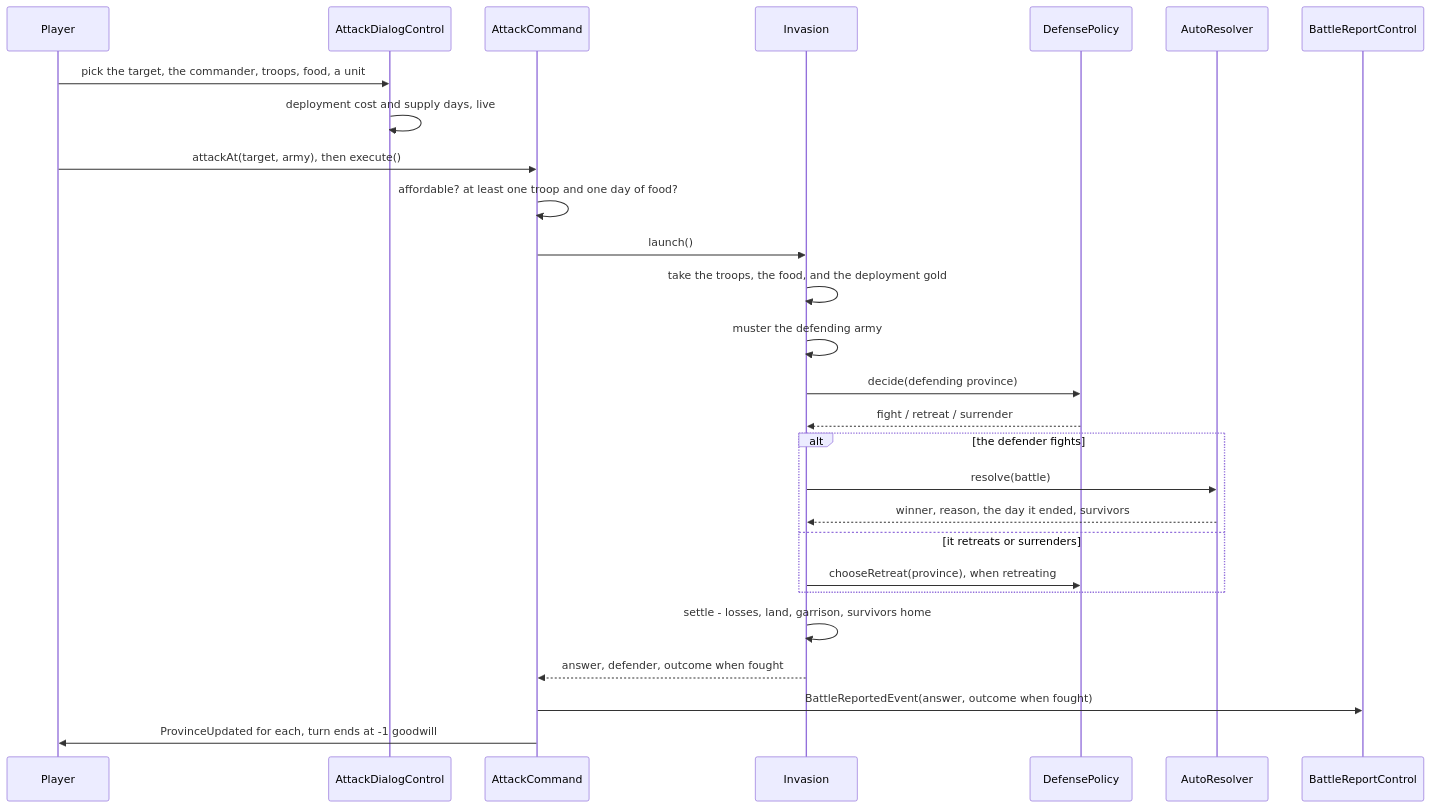
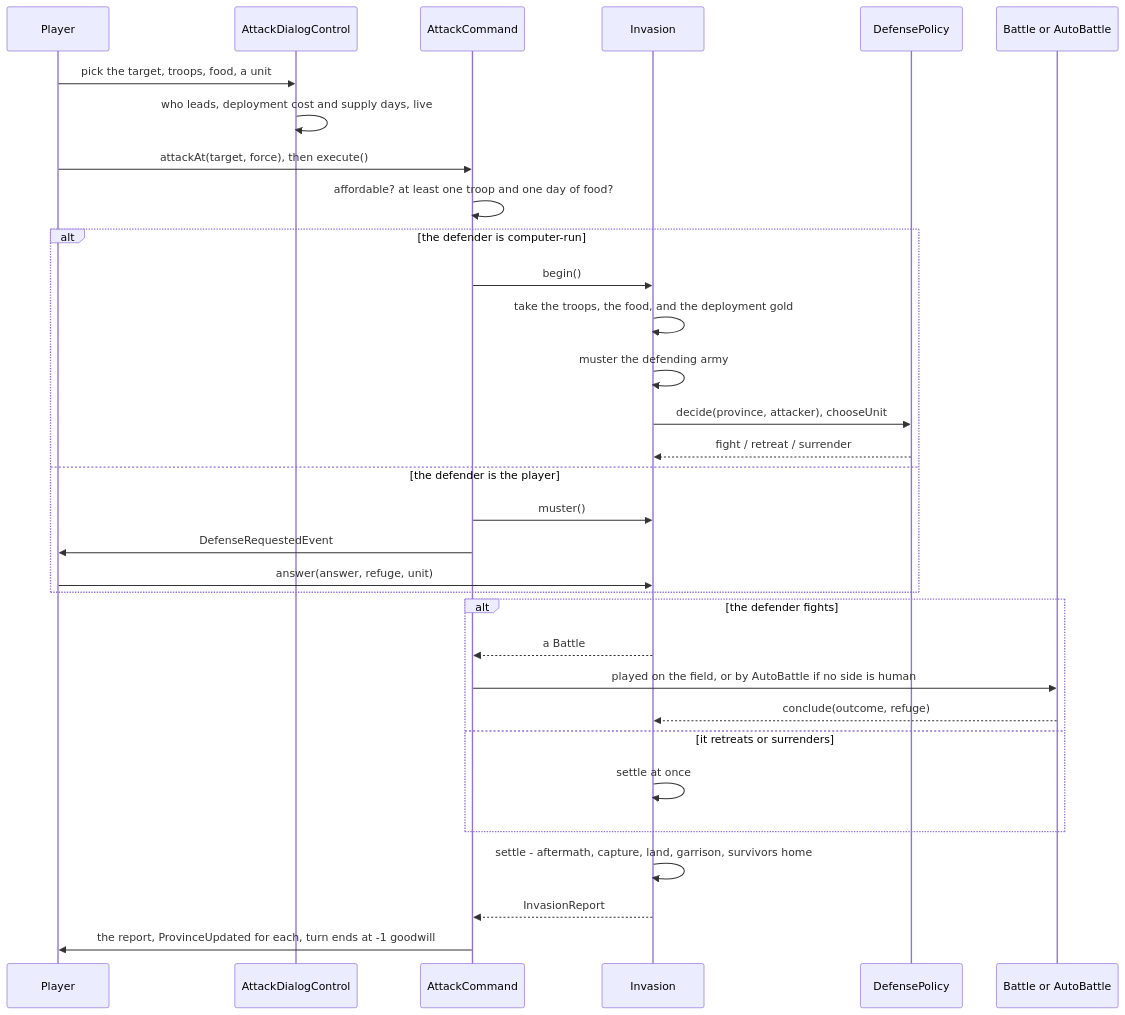
The third of 3 diagrams in gemstorm/docs/design/08-1-launching-a-war.md (pslotinsky/kunstkamera), drawn with Mermaid before and after one commit. The commit also changed other lines of this file and 19 other files, not shown here.

````diff
--- a/gemstorm/docs/design/08-1-launching-a-war.md
+++ b/gemstorm/docs/design/08-1-launching-a-war.md
@@ -223,29 +249,34 @@
 ```mermaid
 sequenceDiagram
   participant Player
   participant Dialog as AttackDialogControl
   participant Attack as AttackCommand
   participant War as Invasion
   participant Policy as DefensePolicy
-  participant Resolver as AutoResolver
-  participant Report as BattleReportControl
-  Player->>Dialog: pick the target, the commander, troops, food, a unit
-  Dialog->>Dialog: deployment cost and supply days, live
-  Player->>Attack: attackAt(target, army), then execute()
+  participant Field as Battle or AutoBattle
+  Player->>Dialog: pick the target, troops, food, a unit
+  Dialog->>Dialog: who leads, deployment cost and supply days, live
+  Player->>Attack: attackAt(target, force), then execute()
   Attack->>Attack: affordable? at least one troop and one day of food?
-  Attack->>War: launch()
-  War->>War: take the troops, the food, and the deployment gold
-  War->>War: muster the defending army
-  War->>Policy: decide(defending province)
-  Policy-->>War: fight / retreat / surrender
+  alt the defender is computer-run
+    Attack->>War: begin()
+    War->>War: take the troops, the food, and the deployment gold
+    War->>War: muster the defending army
+    War->>Policy: decide(province, attacker), chooseUnit
+    Policy-->>War: fight / retreat / surrender
+  else the defender is the player
+    Attack->>War: muster()
+    Attack->>Player: DefenseRequestedEvent
+    Player->>War: answer(answer, refuge, unit)
+  end
   alt the defender fights
-    War->>Resolver: resolve(battle)
-    Resolver-->>War: winner, reason, the day it ended, survivors
+    War-->>Attack: a Battle
+    Attack->>Field: played on the field, or by AutoBattle if no side is human
+    Field-->>War: conclude(outcome, refuge)
   else it retreats or surrenders
-    War->>Policy: chooseRetreat(province), when retreating
+    War->>War: settle at once
   end
-  War->>War: settle - losses, land, garrison, survivors home
-  War-->>Attack: answer, defender, outcome when fought
-  Attack->>Report: BattleReportedEvent(answer, outcome when fought)
-  Attack->>Player: ProvinceUpdated for each, turn ends at -1 goodwill
+  War->>War: settle - aftermath, capture, land, garrison, survivors home
+  War-->>Attack: InvasionReport
+  Attack->>Player: the report, ProvinceUpdated for each, turn ends at -1 goodwill
 ```
````
